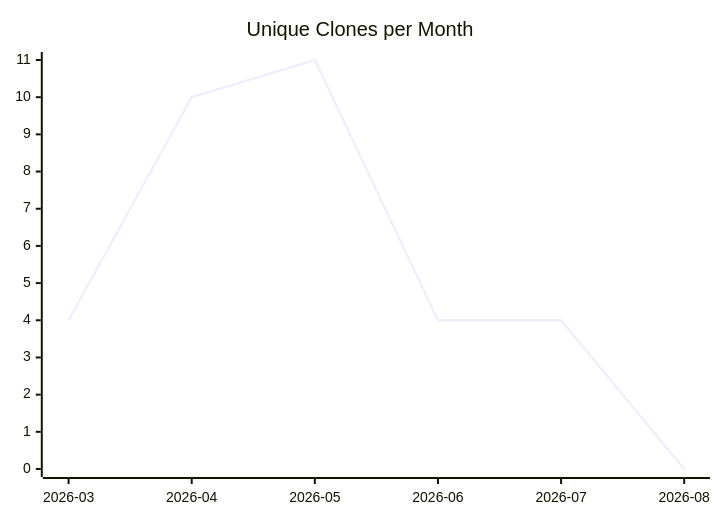
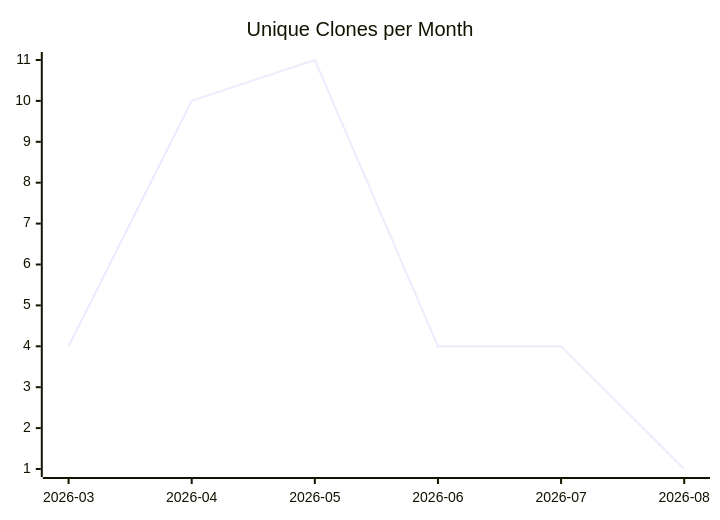
Before and after one commit to justdavis-family/github-analytics-data: the third of 3 diagrams in karlmdavis/workstation-base-ansible-role/README.md, drawn with Mermaid. The commit also changed other lines of this file and 174 other files, not shown here.

````diff
--- a/karlmdavis/workstation-base-ansible-role/README.md
+++ b/karlmdavis/workstation-base-ansible-role/README.md
@@ -19,6 +19,6 @@
 ```mermaid
 xychart-beta
   title "Unique Clones per Month"
   x-axis ["2026-03", "2026-04", "2026-05", "2026-06", "2026-07", "2026-08"]
-  line [4, 10, 11, 4, 4, 0]
+  line [4, 10, 11, 4, 4, 1]
 ```
````
